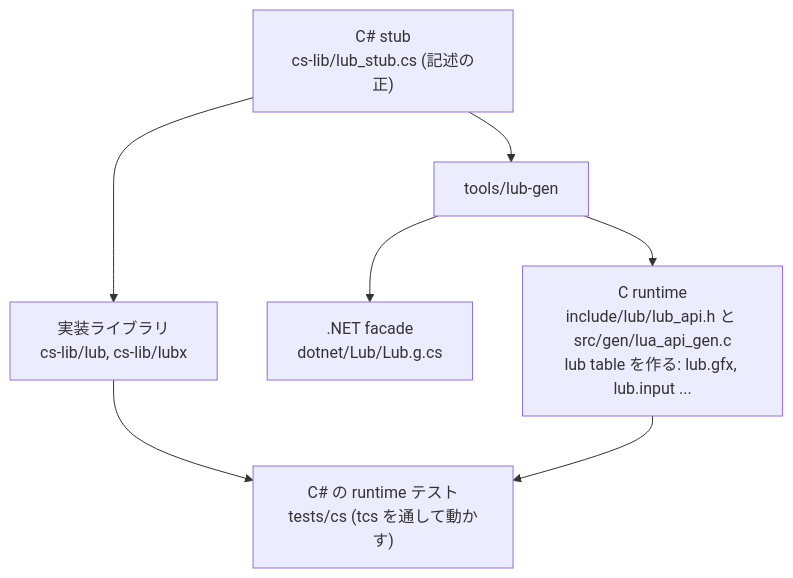
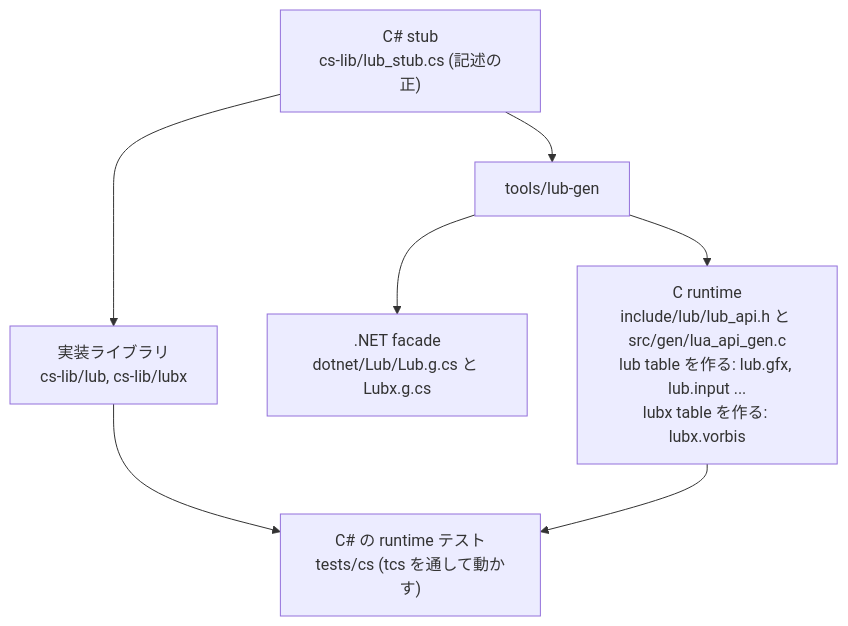
The diagram in docs/api-glue.md (neguse/lub), drawn with Mermaid before and after one commit. The commit also changed other lines of this file and 25 other files, not shown here.

First line of the commit message:
lubx が C の実装を持てるようにし、Ogg Vorbis を PCM に戻す Lubx.Vorbis を入れる

````diff
--- a/docs/api-glue.md
+++ b/docs/api-glue.md
@@ -9,9 +9,9 @@
 ```mermaid
 graph TD
     S["C# stub<br/>cs-lib/lub_stub.cs (記述の正)"] --> G["tools/lub-gen"]
-    G --> C["C runtime<br/>include/lub/lub_api.h と src/gen/lua_api_gen.c<br/>lub table を作る: lub.gfx, lub.input ..."]
-    G --> F[".NET facade<br/>dotnet/Lub/Lub.g.cs"]
+    G --> C["C runtime<br/>include/lub/lub_api.h と src/gen/lua_api_gen.c<br/>lub table を作る: lub.gfx, lub.input ...<br/>lubx table を作る: lubx.vorbis"]
+    G --> F[".NET facade<br/>dotnet/Lub/Lub.g.cs と Lubx.g.cs"]
     S --> CS["実装ライブラリ<br/>cs-lib/lub, cs-lib/lubx"]
     CS --> T["C# の runtime テスト<br/>tests/cs (tcs を通して動かす)"]
     C --> T
 ```
````
